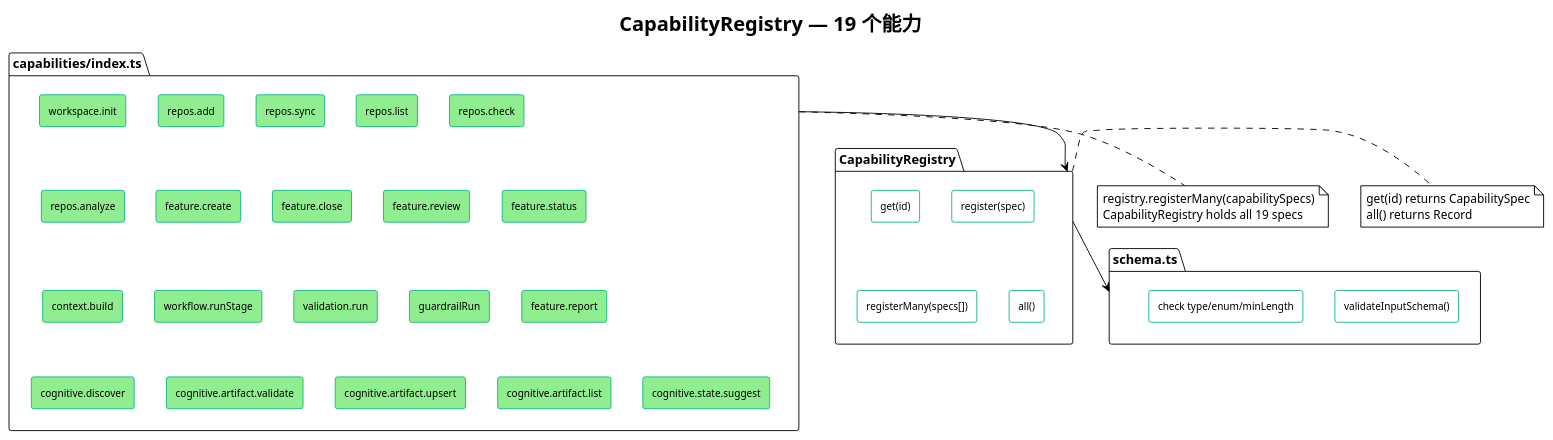
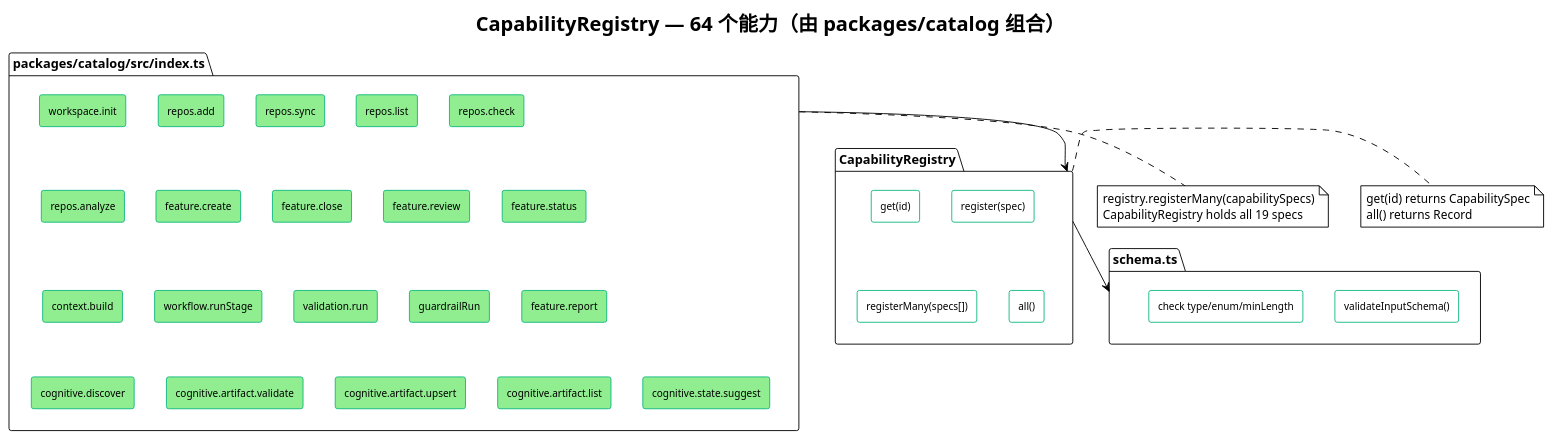
Before and after one commit to ygwa/dapei-skill: the diagram in docs/plantuml/02-capability-registry.puml, drawn with PlantUML. The commit also changed 83 other files, not shown here.

First line of the commit message:
refactor(engine): acyclic package graph, module-derived engine home, dead code

```diff
--- a/docs/plantuml/02-capability-registry.puml
+++ b/docs/plantuml/02-capability-registry.puml
@@ -4,62 +4,62 @@
 @startuml docs/plantuml/02-capability-registry
 !theme plain
 
 skinparam rectangle {
   BackgroundColor #FFFFFF
   BorderColor #10B981
   FontSize 11
   Width 120
   Height 30
 }
 
-title CapabilityRegistry — 19 个能力
+title CapabilityRegistry — 64 个能力（由 packages/catalog 组合）
 
-package "capabilities/index.ts" as CAPS {
+package "packages/catalog/src/index.ts" as CAPS {
   rectangle "workspace.init" #lightgreen
   rectangle "repos.add" #lightgreen
   rectangle "repos.sync" #lightgreen
   rectangle "repos.list" #lightgreen
   rectangle "repos.check" #lightgreen
   rectangle "repos.analyze" #lightgreen
   rectangle "feature.create" #lightgreen
   rectangle "feature.close" #lightgreen
   rectangle "feature.review" #lightgreen
   rectangle "feature.status" #lightgreen
   rectangle "context.build" #lightgreen
   rectangle "workflow.runStage" #lightgreen
   rectangle "validation.run" #lightgreen
   rectangle "guardrailRun" #lightgreen
   rectangle "feature.report" #lightgreen
   rectangle "cognitive.discover" #lightgreen
   rectangle "cognitive.artifact.validate" #lightgreen
   rectangle "cognitive.artifact.upsert" #lightgreen
   rectangle "cognitive.artifact.list" #lightgreen
   rectangle "cognitive.state.suggest" #lightgreen
 }
 
 package "CapabilityRegistry" as REG {
   rectangle "get(id)"
   rectangle "register(spec)"
   rectangle "registerMany(specs[])"
   rectangle "all()"
 }
 
 package "schema.ts" as VAL {
   rectangle "validateInputSchema()"
   rectangle "check type/enum/minLength"
 }
 
 CAPS --> REG
 REG --> VAL
 
 note bottom of CAPS
   registry.registerMany(capabilitySpecs)
   CapabilityRegistry holds all 19 specs
 end note
 
 note right of REG
   get(id) returns CapabilitySpec
   all() returns Record
 end note
 
 @enduml
```
